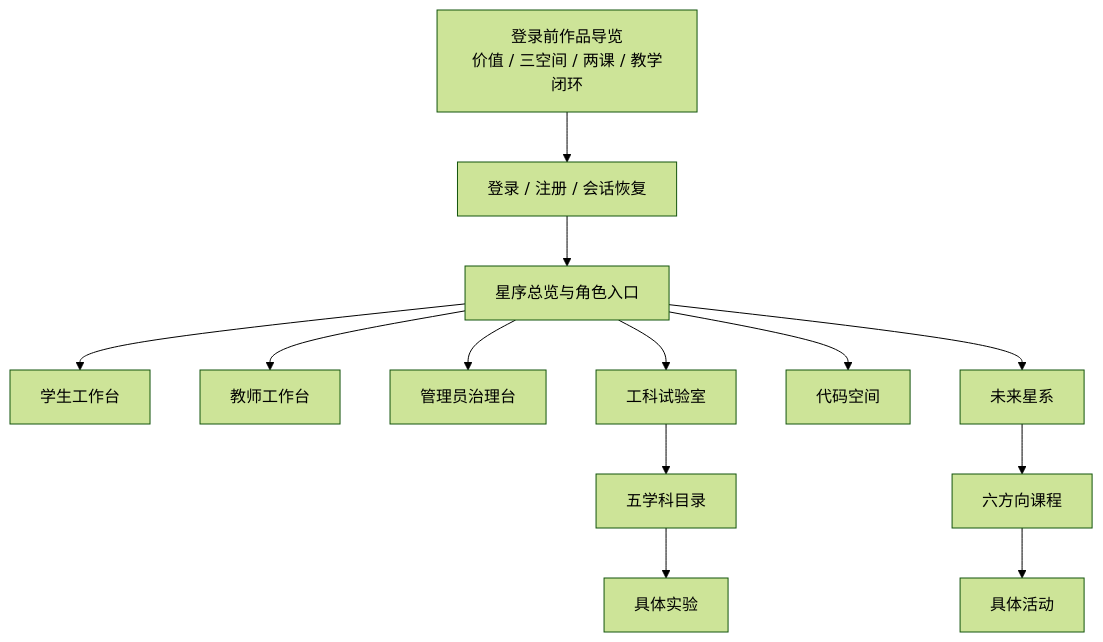
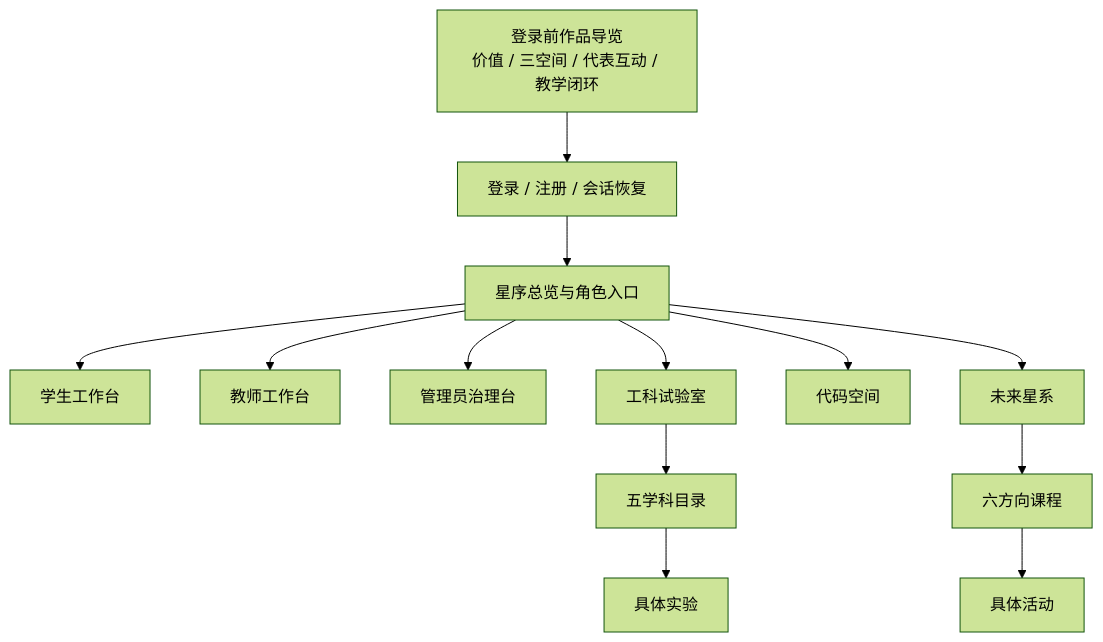
One commit to falling-feather/Astra changed the fifth of 6 diagrams in doc/01-开发者手册.md. Above: the diagram before and after it, drawn with Mermaid (forest theme). The commit also changed other lines of this file and 10 other files, not shown here.

````diff
--- a/doc/01-开发者手册.md
+++ b/doc/01-开发者手册.md
@@ -340,15 +340,15 @@
 ```mermaid
 flowchart TB
-    GUIDE[登录前作品导览\n价值 / 三空间 / 两课 / 教学闭环] --> LOGIN[登录 / 注册 / 会话恢复]
+    GUIDE[登录前作品导览\n价值 / 三空间 / 代表互动 / 教学闭环] --> LOGIN[登录 / 注册 / 会话恢复]
     LOGIN --> PLANETS[星序总览与角色入口]
     PLANETS --> STUDENT[学生工作台]
     PLANETS --> TEACHER[教师工作台]
     PLANETS --> ADMIN[管理员治理台]
     PLANETS --> ENGLAB[工科试验室]
     PLANETS --> CODE[代码空间]
     PLANETS --> FUTURE[未来星系]
     ENGLAB --> SUBJECT[五学科目录]
     SUBJECT --> EXP[具体实验]
     FUTURE --> DIRECTION[六方向课程]
     DIRECTION --> ACTIVITY[具体活动]
 ```
````
